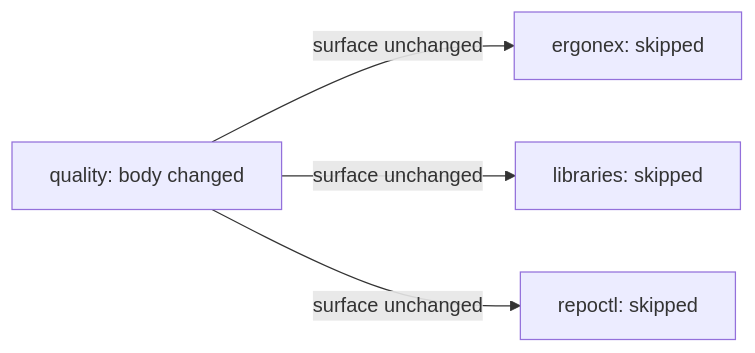
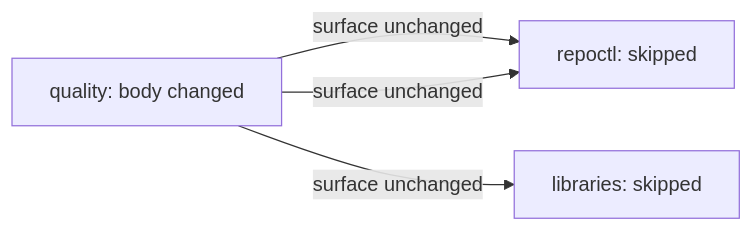
The third of 5 diagrams in commons/docs/guides/proof-by-blast-radius.md (intellectual-frontiers/.github), drawn with Mermaid before and after one commit. The commit also changed other lines of this file and 286 other files, not shown here.

````diff
--- a/commons/docs/guides/proof-by-blast-radius.md
+++ b/commons/docs/guides/proof-by-blast-radius.md
@@ -122,6 +122,6 @@
 ```mermaid
 flowchart LR
-  quality["quality: body changed"] -->|surface unchanged| ergonex["ergonex: skipped"]
+  quality["quality: body changed"] -->|surface unchanged| repoctl["repoctl: skipped"]
   quality -->|surface unchanged| libraries["libraries: skipped"]
   quality -->|surface unchanged| repoctl["repoctl: skipped"]
 ```
````
